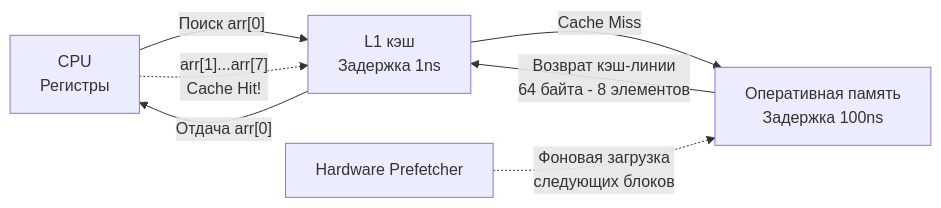
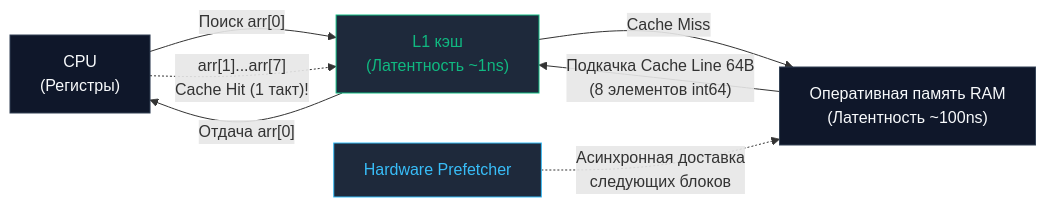
Before and after one commit to UnrealTemplier/go-textbook: the diagram in sources/20. Алгоритмы и структуры данных (DSA) на Go/09. Поиск и базовые алгоритмы/1. Линейный поиск.md, drawn with Mermaid. The commit also changed other lines of this file, not shown here.

````diff
--- a/sources/20. Алгоритмы и структуры данных (DSA) на Go/09. Поиск и базовые алгоритмы/1. Линейный поиск.md
+++ b/sources/20. Алгоритмы и структуры данных (DSA) на Go/09. Поиск и базовые алгоритмы/1. Линейный поиск.md
@@ -16,9 +19,18 @@
 ```mermaid
 flowchart LR
-    CPU["CPU<br>Регистры"] -->|"Поиск arr[0]"| L1["L1 кэш<br>Задержка 1ns"]
-    L1 -->|"Cache Miss"| RAM["Оперативная память<br>Задержка 100ns"]
-    RAM -->|"Возврат кэш-линии<br>64 байта - 8 элементов"| L1
+    CPU["CPU<br/>(Регистры)"] -->|"Поиск arr[0]"| L1["L1 кэш<br/>(Латентность ~1ns)"]
+    L1 -->|"Cache Miss"| RAM["Оперативная память RAM<br/>(Латентность ~100ns)"]
+    RAM -->|"Подкачка Cache Line 64B<br/>(8 элементов int64)"| L1
     L1 -->|"Отдача arr[0]"| CPU
-    CPU -.->|"arr[1]...arr[7]<br>Cache Hit!"| L1
-    Prefetcher["Hardware Prefetcher"] -.->|"Фоновая загрузка<br>следующих блоков"| RAM
+    CPU -.->|"arr[1]...arr[7]<br/>Cache Hit (1 такт)!"| L1
+    Prefetcher["Hardware Prefetcher"] -.->|"Асинхронная доставка<br/>следующих блоков"| RAM
+
+    classDef default fill:#0f172a,stroke:#334155,color:#f8fafc
+    classDef hit fill:#1e293b,stroke:#10b981,color:#10b981
+    classDef miss fill:#1e293b,stroke:#f59e0b,color:#f59e0b
+    classDef prefetch fill:#1e293b,stroke:#38bdf8,color:#38bdf8
+
+    class CPU,RAM default
+    class L1 hit
+    class Prefetcher prefetch
 ```
````
